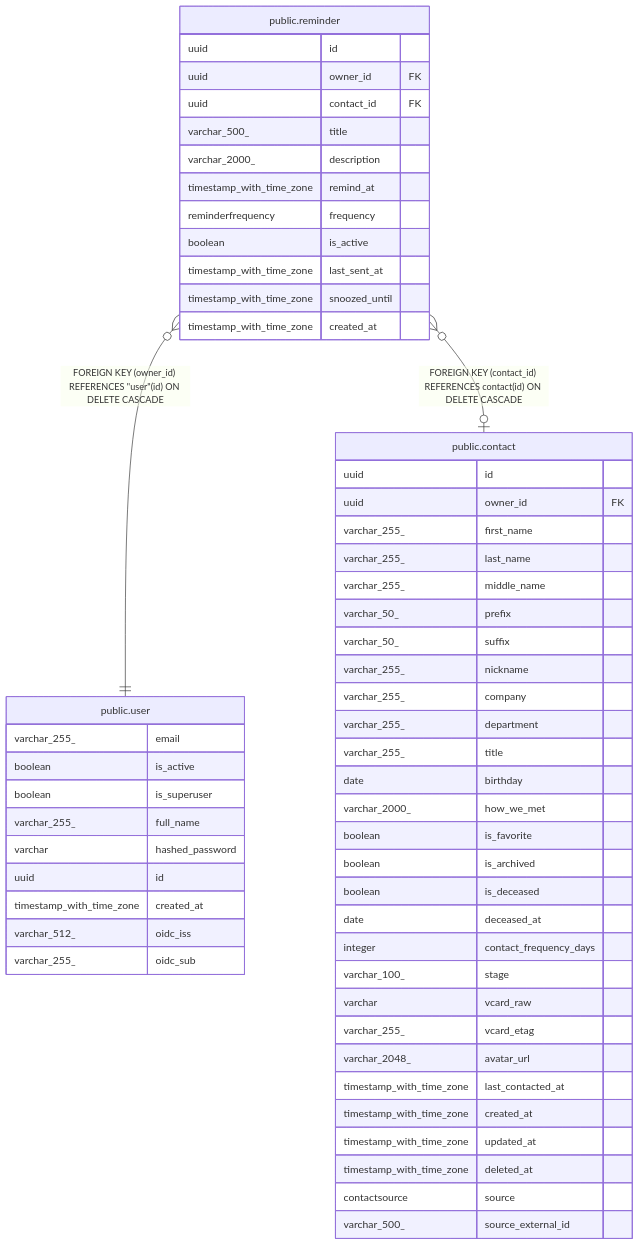
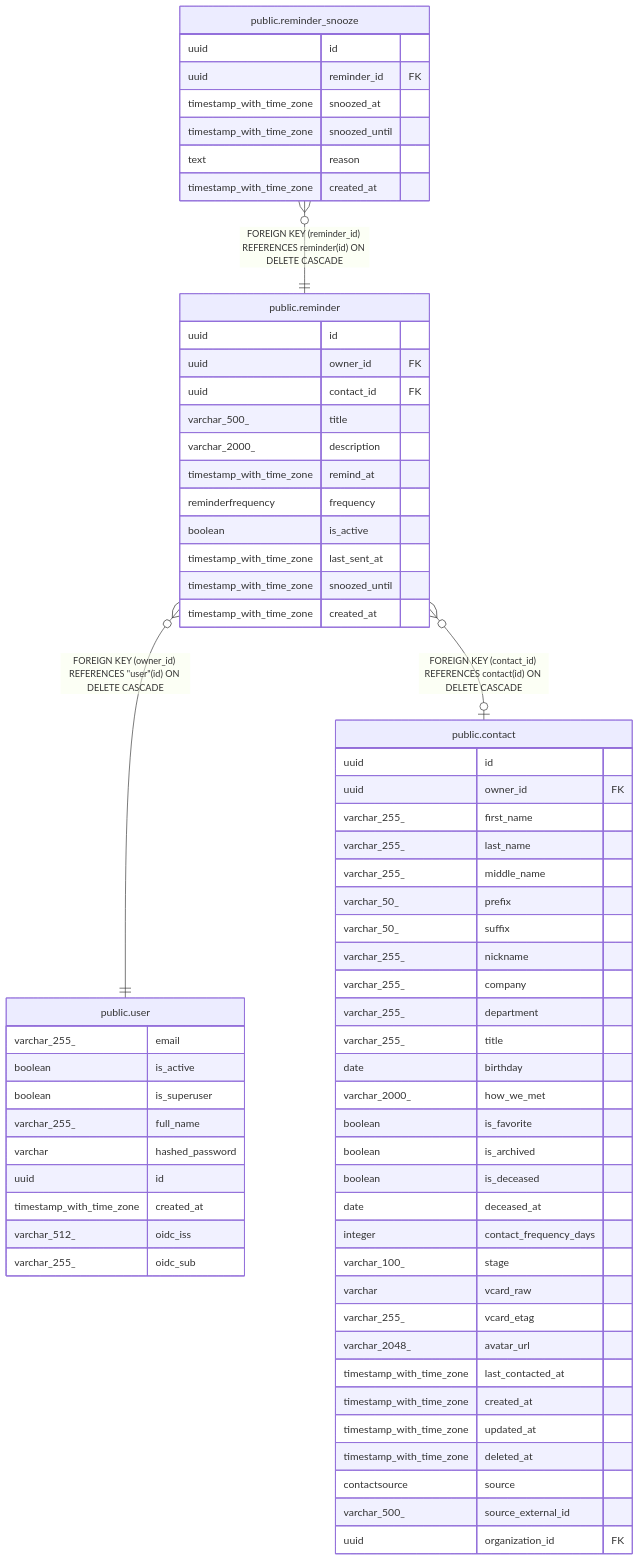
The diagram in docs/db/public.reminder.md (pike00/Kindred), drawn with Mermaid before and after one commit. The commit also changed other lines of this file and 25 other files, not shown here.

Commit message:
docs: regenerate db schema docs (api_key, contact_provenance)

````diff
--- a/docs/db/public.reminder.md
+++ b/docs/db/public.reminder.md
@@ -50,61 +50,71 @@
 ```mermaid
 erDiagram
 
+"public.reminder_snooze" }o--|| "public.reminder" : "FOREIGN KEY (reminder_id) REFERENCES reminder(id) ON DELETE CASCADE"
 "public.reminder" }o--|| "public.user" : "FOREIGN KEY (owner_id) REFERENCES #quot;user#quot;(id) ON DELETE CASCADE"
 "public.reminder" }o--o| "public.contact" : "FOREIGN KEY (contact_id) REFERENCES contact(id) ON DELETE CASCADE"
 
 "public.reminder" {
   uuid id
   uuid owner_id FK
   uuid contact_id FK
   varchar_500_ title
   varchar_2000_ description
   timestamp_with_time_zone remind_at
   reminderfrequency frequency
   boolean is_active
   timestamp_with_time_zone last_sent_at
   timestamp_with_time_zone snoozed_until
+  timestamp_with_time_zone created_at
+}
+"public.reminder_snooze" {
+  uuid id
+  uuid reminder_id FK
+  timestamp_with_time_zone snoozed_at
+  timestamp_with_time_zone snoozed_until
+  text reason
   timestamp_with_time_zone created_at
 }
 "public.user" {
   varchar_255_ email
   boolean is_active
   boolean is_superuser
   varchar_255_ full_name
   varchar hashed_password
   uuid id
   timestamp_with_time_zone created_at
   varchar_512_ oidc_iss
   varchar_255_ oidc_sub
 }
 "public.contact" {
   uuid id
   uuid owner_id FK
   varchar_255_ first_name
   varchar_255_ last_name
   varchar_255_ middle_name
   varchar_50_ prefix
   varchar_50_ suffix
   varchar_255_ nickname
   varchar_255_ company
   varchar_255_ department
   varchar_255_ title
   date birthday
   varchar_2000_ how_we_met
   boolean is_favorite
   boolean is_archived
   boolean is_deceased
   date deceased_at
   integer contact_frequency_days
   varchar_100_ stage
   varchar vcard_raw
   varchar_255_ vcard_etag
   varchar_2048_ avatar_url
   timestamp_with_time_zone last_contacted_at
   timestamp_with_time_zone created_at
   timestamp_with_time_zone updated_at
   timestamp_with_time_zone deleted_at
   contactsource source
   varchar_500_ source_external_id
+  uuid organization_id FK
 }
 ```
````
